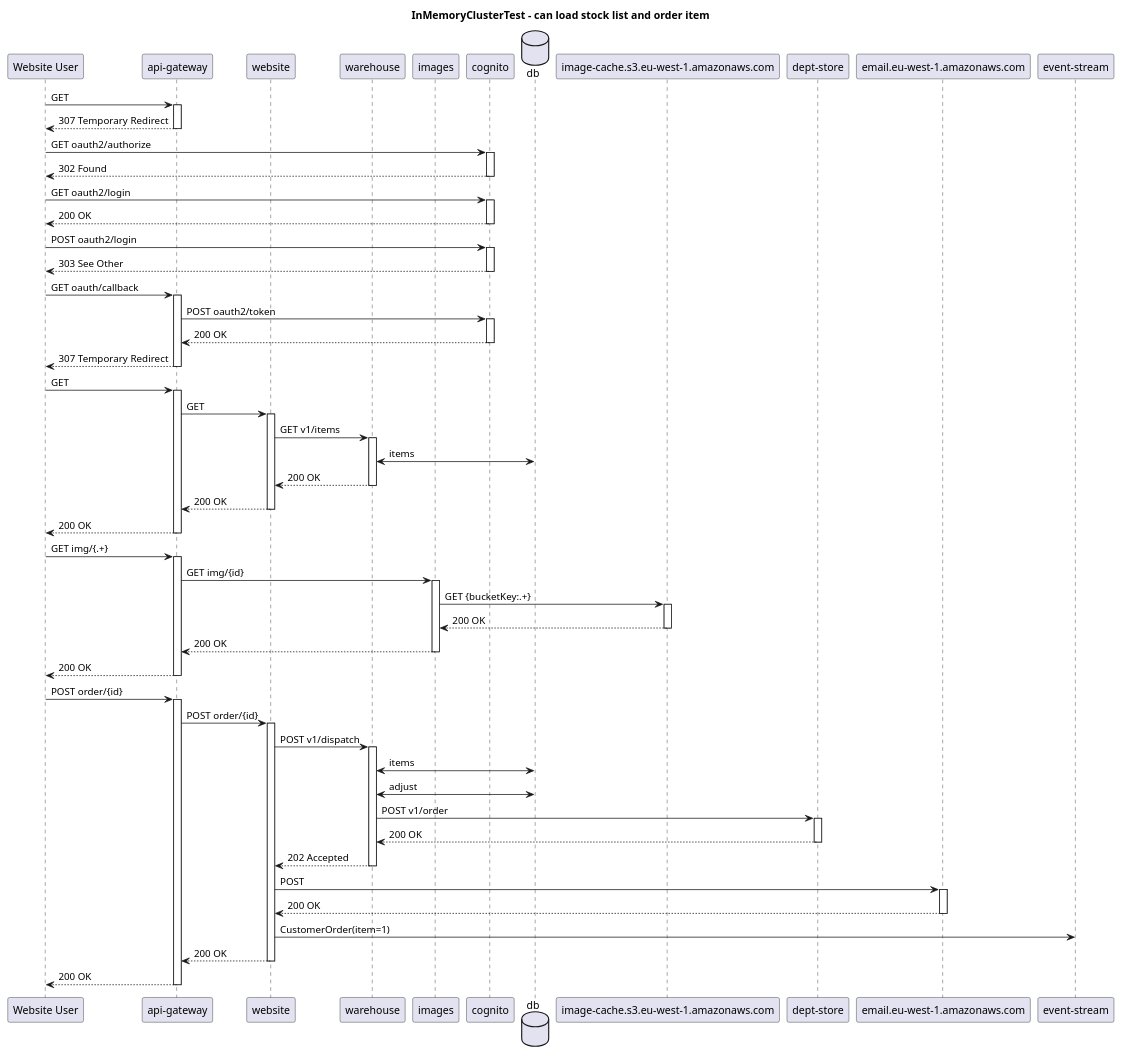
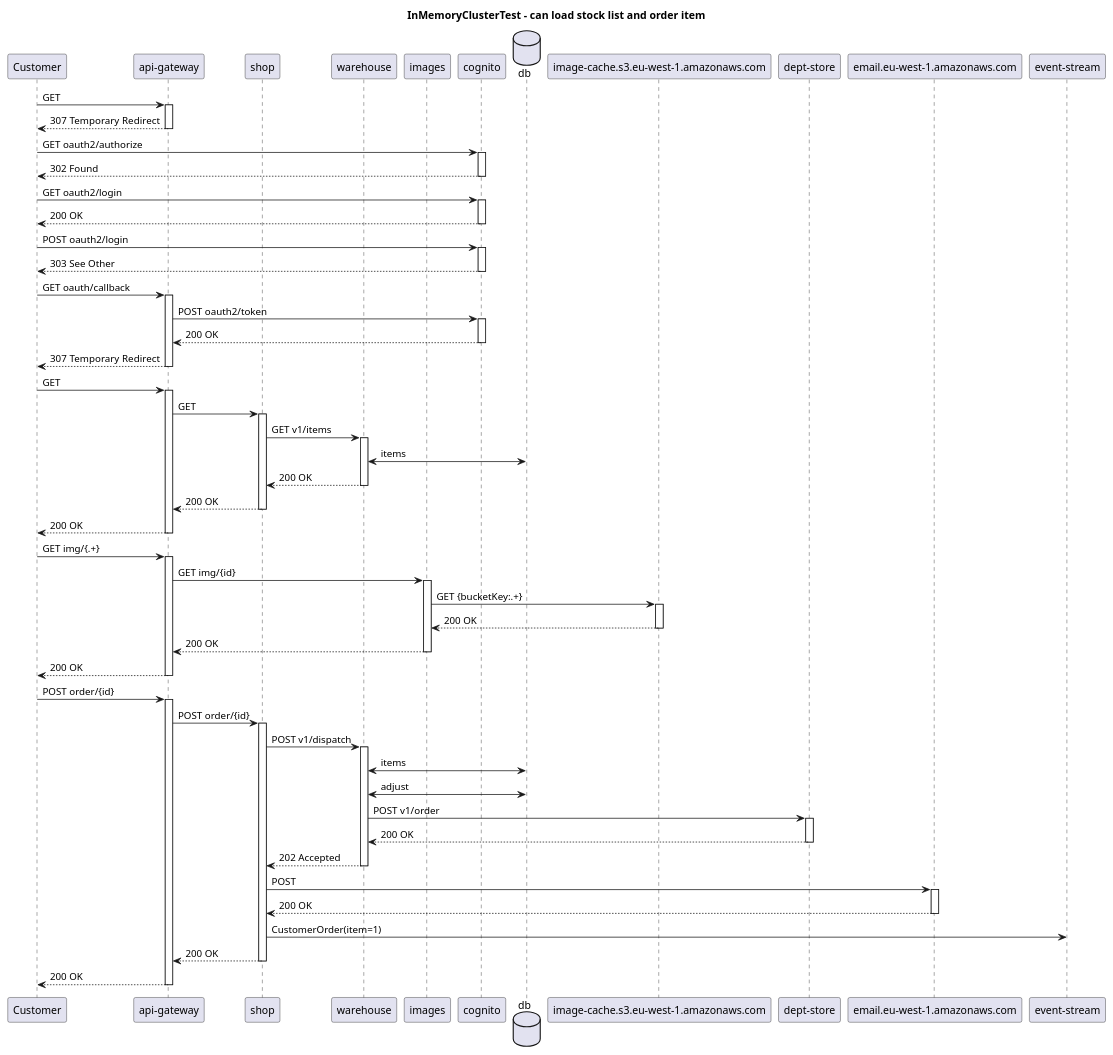
The diagram in .presentation/.generated/InMemoryClusterTest - can load stock list and order item - Sequence.puml (http4k/exploring-the-testing-hyperpyramid), drawn with PlantUML before and after one commit. The commit also changed 9 other files, not shown here.

Commit message:
rework diagrams

```diff
--- a/.presentation/.generated/InMemoryClusterTest - can load stock list and order item - Sequence.puml
+++ b/.presentation/.generated/InMemoryClusterTest - can load stock list and order item - Sequence.puml
@@ -1,94 +1,94 @@
 @startuml
 title InMemoryClusterTest - can load stock list and order item
-participant "Website User"
+participant "Customer"
 participant "api-gateway"
-participant "website"
+participant "shop"
 participant "warehouse"
 participant "images"
 participant "cognito"
 database "db"
 participant "image-cache.s3.eu-west-1.amazonaws.com"
 participant "dept-store"
 participant "email.eu-west-1.amazonaws.com"
 participant "event-stream"
-"Website User" -> "api-gateway": GET 
+"Customer" -> "api-gateway": GET
 activate "api-gateway"
 
-"api-gateway" --> "Website User": 307 Temporary Redirect
+"api-gateway" --> "Customer": 307 Temporary Redirect
 deactivate "api-gateway"
-"Website User" -> "cognito": GET oauth2/authorize
+"Customer" -> "cognito": GET oauth2/authorize
 activate "cognito"
 
-"cognito" --> "Website User": 302 Found
+"cognito" --> "Customer": 302 Found
 deactivate "cognito"
-"Website User" -> "cognito": GET oauth2/login
+"Customer" -> "cognito": GET oauth2/login
 activate "cognito"
 
-"cognito" --> "Website User": 200 OK
+"cognito" --> "Customer": 200 OK
 deactivate "cognito"
-"Website User" -> "cognito": POST oauth2/login
+"Customer" -> "cognito": POST oauth2/login
 activate "cognito"
 
-"cognito" --> "Website User": 303 See Other
+"cognito" --> "Customer": 303 See Other
 deactivate "cognito"
-"Website User" -> "api-gateway": GET oauth/callback
+"Customer" -> "api-gateway": GET oauth/callback
 activate "api-gateway"
 "api-gateway" -> "cognito": POST oauth2/token
 activate "cognito"
 
 "cognito" --> "api-gateway": 200 OK
 deactivate "cognito"
-"api-gateway" --> "Website User": 307 Temporary Redirect
+"api-gateway" --> "Customer": 307 Temporary Redirect
 deactivate "api-gateway"
-"Website User" -> "api-gateway": GET 
+"Customer" -> "api-gateway": GET
 activate "api-gateway"
-"api-gateway" -> "website": GET 
-activate "website"
-"website" -> "warehouse": GET v1/items
+"api-gateway" -> "shop": GET
+activate "shop"
+"shop" -> "warehouse": GET v1/items
 activate "warehouse"
 "warehouse" <-> "db": items
-"warehouse" --> "website": 200 OK
+"warehouse" --> "shop": 200 OK
 deactivate "warehouse"
-"website" --> "api-gateway": 200 OK
-deactivate "website"
-"api-gateway" --> "Website User": 200 OK
+"shop" --> "api-gateway": 200 OK
+deactivate "shop"
+"api-gateway" --> "Customer": 200 OK
 deactivate "api-gateway"
-"Website User" -> "api-gateway": GET img/{.+}
+"Customer" -> "api-gateway": GET img/{.+}
 activate "api-gateway"
 "api-gateway" -> "images": GET img/{id}
 activate "images"
 "images" -> "image-cache.s3.eu-west-1.amazonaws.com": GET {bucketKey:.+}
 activate "image-cache.s3.eu-west-1.amazonaws.com"
 
 "image-cache.s3.eu-west-1.amazonaws.com" --> "images": 200 OK
 deactivate "image-cache.s3.eu-west-1.amazonaws.com"
 "images" --> "api-gateway": 200 OK
 deactivate "images"
-"api-gateway" --> "Website User": 200 OK
+"api-gateway" --> "Customer": 200 OK
 deactivate "api-gateway"
-"Website User" -> "api-gateway": POST order/{id}
+"Customer" -> "api-gateway": POST order/{id}
 activate "api-gateway"
-"api-gateway" -> "website": POST order/{id}
-activate "website"
-"website" -> "warehouse": POST v1/dispatch
+"api-gateway" -> "shop": POST order/{id}
+activate "shop"
+"shop" -> "warehouse": POST v1/dispatch
 activate "warehouse"
 "warehouse" <-> "db": items
 "warehouse" <-> "db": adjust
 "warehouse" -> "dept-store": POST v1/order
 activate "dept-store"
 
 "dept-store" --> "warehouse": 200 OK
 deactivate "dept-store"
-"warehouse" --> "website": 202 Accepted
+"warehouse" --> "shop": 202 Accepted
 deactivate "warehouse"
-"website" -> "email.eu-west-1.amazonaws.com": POST 
+"shop" -> "email.eu-west-1.amazonaws.com": POST
 activate "email.eu-west-1.amazonaws.com"
 
-"email.eu-west-1.amazonaws.com" --> "website": 200 OK
+"email.eu-west-1.amazonaws.com" --> "shop": 200 OK
 deactivate "email.eu-west-1.amazonaws.com"
-"website" -> "event-stream": CustomerOrder(item=1)
-"website" --> "api-gateway": 200 OK
-deactivate "website"
-"api-gateway" --> "Website User": 200 OK
+"shop" -> "event-stream": CustomerOrder(item=1)
+"shop" --> "api-gateway": 200 OK
+deactivate "shop"
+"api-gateway" --> "Customer": 200 OK
 deactivate "api-gateway"
 @enduml
```
